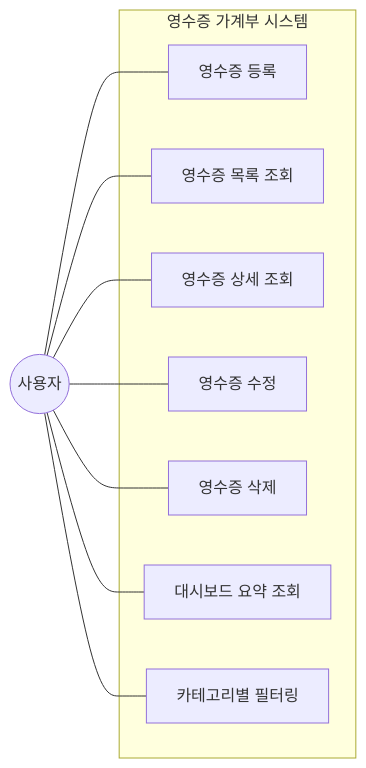
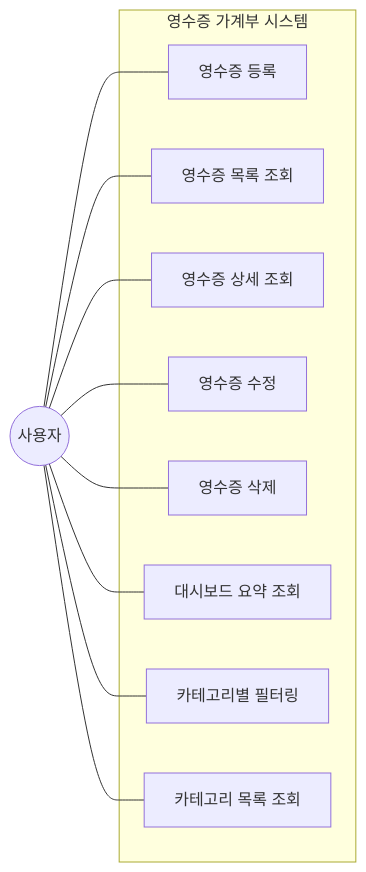
The fifth of 7 diagrams in docs/architecture.md (silverj0805/receipt-scanner-server), drawn with Mermaid before and after one commit. The commit also changed other lines of this file and 4 other files, not shown here.

````diff
--- a/docs/architecture.md
+++ b/docs/architecture.md
@@ -133,20 +146,22 @@
 ```mermaid
 flowchart LR
     U((사용자))
     subgraph 영수증 가계부 시스템
         UC1[영수증 등록]
         UC2[영수증 목록 조회]
         UC3[영수증 상세 조회]
         UC4[영수증 수정]
         UC5[영수증 삭제]
         UC6[대시보드 요약 조회]
         UC7[카테고리별 필터링]
+        UC8[카테고리 목록 조회]
     end
     U --- UC1
     U --- UC2
     U --- UC3
     U --- UC4
     U --- UC5
     U --- UC6
     U --- UC7
+    U --- UC8
 ```
````
